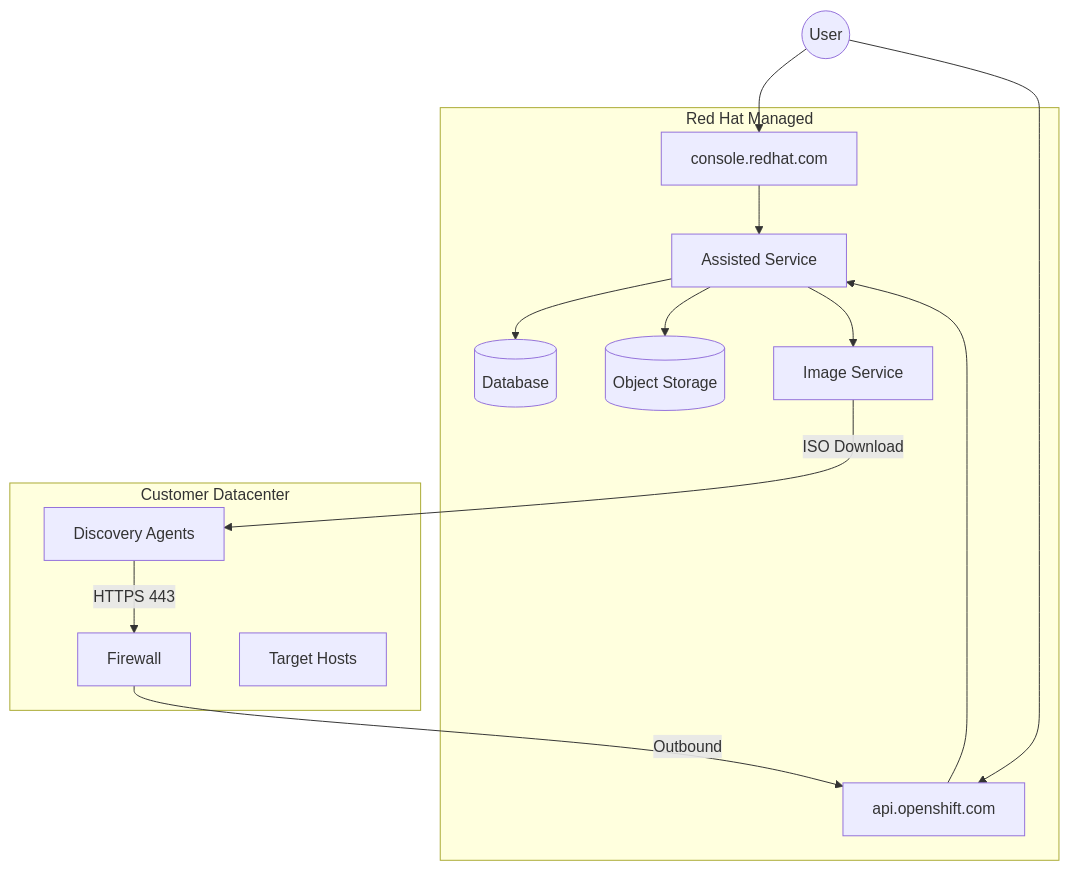
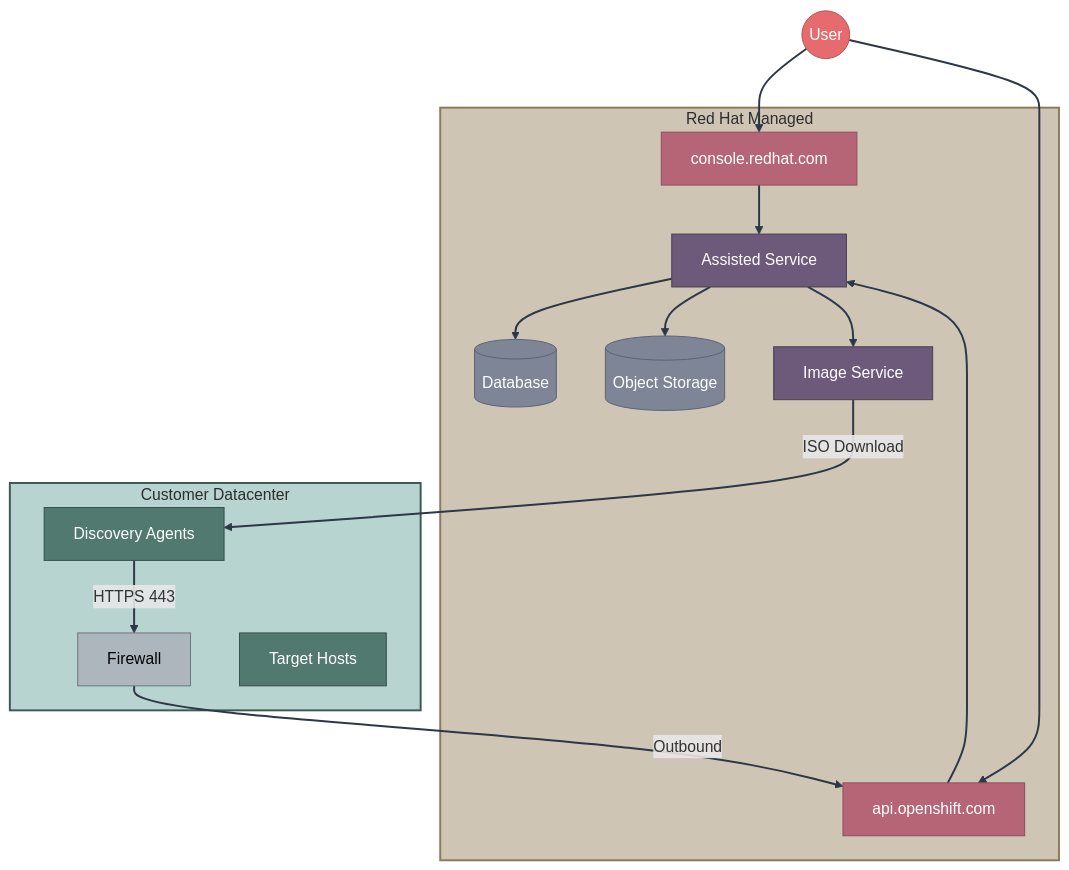
Before and after one commit to zszabo-rh/openshift-install-guide: the first of 4 diagrams in 03-assisted-installation/saas-vs-onprem.md, drawn with Mermaid. The commit also changed other lines of this file and 16 other files, not shown here.

Commit message:
improved diagram style

````diff
--- a/03-assisted-installation/saas-vs-onprem.md
+++ b/03-assisted-installation/saas-vs-onprem.md
@@ -9,29 +9,45 @@
 ```mermaid
 graph TB
-    subgraph "Red Hat Managed"
+    subgraph redhat["Red Hat Managed"]
         CONSOLE[console.redhat.com]
         API[api.openshift.com]
         SERVICE[Assisted Service]
         IMAGE[Image Service]
         DB[(Database)]
         S3[(Object Storage)]
     end
     
-    subgraph "Customer Datacenter"
+    subgraph customer["Customer Datacenter"]
         FIREWALL[Firewall]
         HOSTS[Target Hosts]
         AGENTS[Discovery Agents]
     end
     
     USER((User)) --> CONSOLE
     USER --> API
     CONSOLE --> SERVICE
     API --> SERVICE
     SERVICE --> DB
     SERVICE --> S3
     SERVICE --> IMAGE
     
     AGENTS -->|HTTPS 443| FIREWALL
     FIREWALL -->|Outbound| API
     IMAGE -->|ISO Download| AGENTS
+    
+    style CONSOLE fill:#b56576,stroke:#8d4e5a,color:#fff
+    style API fill:#b56576,stroke:#8d4e5a,color:#fff
+    style SERVICE fill:#6d597a,stroke:#4a3f50,color:#fff
+    style IMAGE fill:#6d597a,stroke:#4a3f50,color:#fff
+    style DB fill:#7d8597,stroke:#5c6378,color:#fff
+    style S3 fill:#7d8597,stroke:#5c6378,color:#fff
+    style FIREWALL fill:#adb5bd,stroke:#6c757d,color:#000
+    style HOSTS fill:#52796f,stroke:#354f52,color:#fff
+    style AGENTS fill:#52796f,stroke:#354f52,color:#fff
+    style USER fill:#e56b6f,stroke:#b85450,color:#fff
+    
+    style redhat fill:#cfc5b5,stroke:#8d7a5a,stroke-width:2px,color:#2d2d2d
+    style customer fill:#b8d4d0,stroke:#3d5a52,stroke-width:2px,color:#2d2d2d
+    
+    linkStyle default stroke:#2d3748,stroke-width:2px
 ```
````
